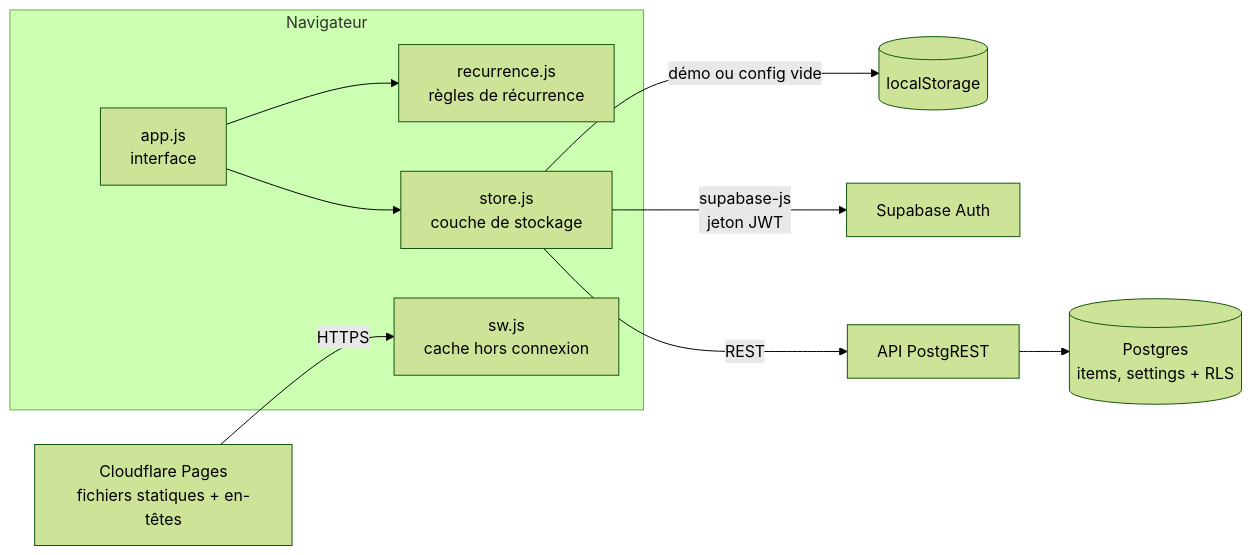
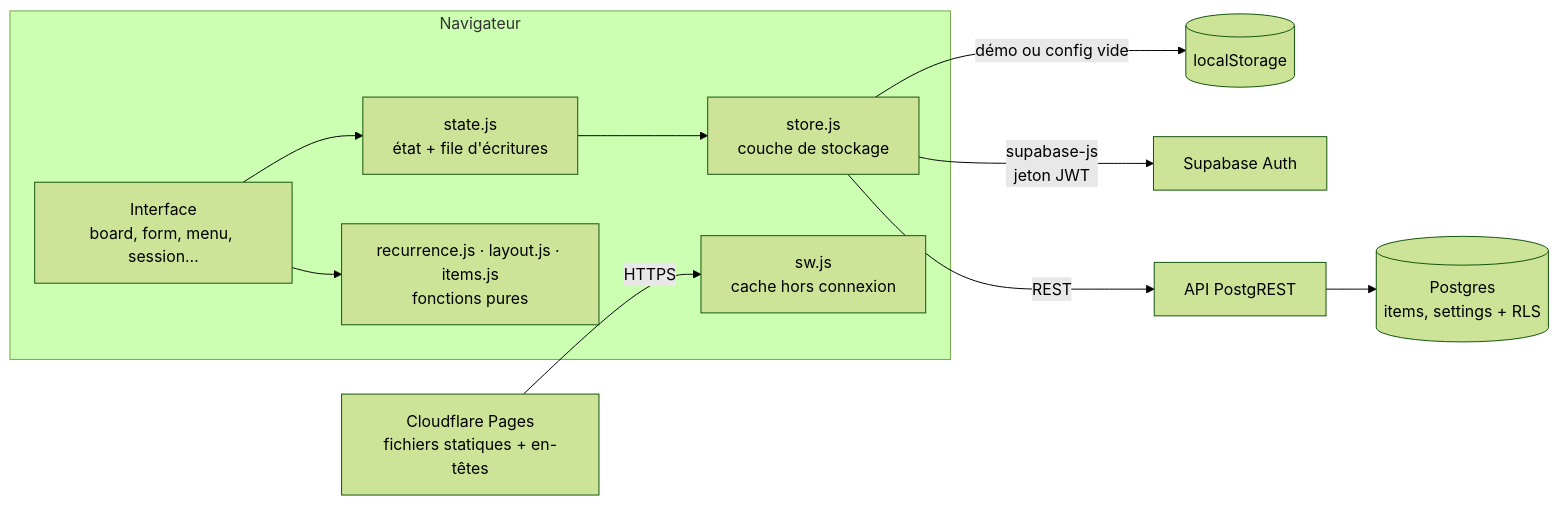
Before and after one commit to CadGeff/Planning: the diagram in README.md, drawn with Mermaid (forest theme). The commit also changed other lines of this file and 69 other files, not shown here.

````diff
--- a/README.md
+++ b/README.md
@@ -52,13 +55,14 @@
 ```mermaid
 flowchart LR
     subgraph Navigateur
-        UI["app.js<br/>interface"] --> REC["recurrence.js<br/>règles de récurrence"]
-        UI --> ST["store.js<br/>couche de stockage"]
+        UI["Interface<br/>board, form, menu, session…"] --> ST["state.js<br/>état + file d'écritures"]
+        UI --> REC["recurrence.js · layout.js · items.js<br/>fonctions pures"]
+        ST --> STO["store.js<br/>couche de stockage"]
         SW["sw.js<br/>cache hors connexion"]
     end
     CF["Cloudflare Pages<br/>fichiers statiques + en-têtes"] -->|HTTPS| SW
-    ST -->|"démo ou config vide"| LS[("localStorage")]
-    ST -->|"supabase-js<br/>jeton JWT"| AUTH["Supabase Auth"]
-    ST -->|REST| API["API PostgREST"]
+    STO -->|"démo ou config vide"| LS[("localStorage")]
+    STO -->|"supabase-js<br/>jeton JWT"| AUTH["Supabase Auth"]
+    STO -->|REST| API["API PostgREST"]
     API --> PG[("Postgres<br/>items, settings + RLS")]
 ```
````
